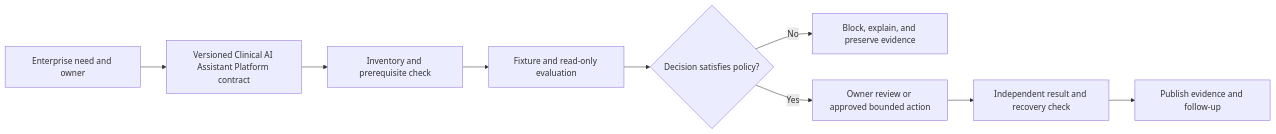
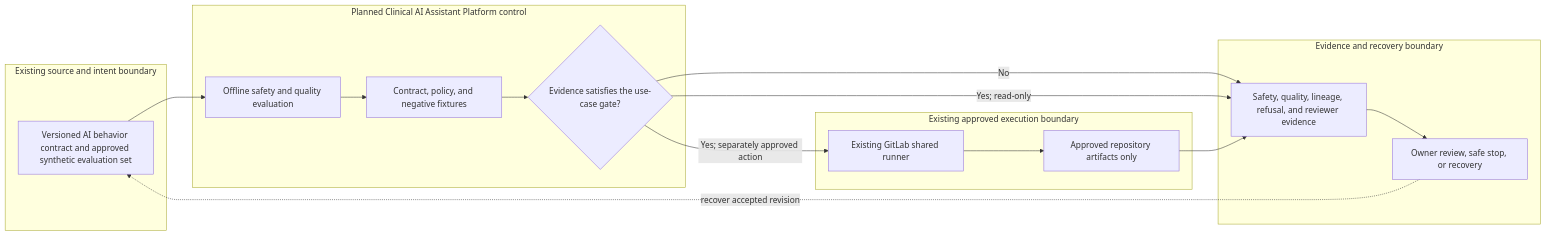
Before and after one commit to MIDHTECH/enterprise-architecture-docs: the diagram in docs/use-cases/healthcare-ai/UC-AI-002-clinical-ai-assistant-platform.md, drawn with Mermaid. The commit also changed other lines of this file and 227 other files, not shown here.

Commit message:
Deepen architecture for all use case designs

````diff
--- a/docs/use-cases/healthcare-ai/UC-AI-002-clinical-ai-assistant-platform.md
+++ b/docs/use-cases/healthcare-ai/UC-AI-002-clinical-ai-assistant-platform.md
@@ -136,11 +129,25 @@
 ```mermaid
 flowchart LR
-    Need["Enterprise need and owner"] --> Contract["Versioned Clinical AI Assistant Platform contract"]
-    Contract --> Preflight["Inventory and prerequisite check"]
-    Preflight --> Evaluate["Fixture and read-only evaluation"]
-    Evaluate --> Decision{"Decision satisfies policy?"}
-    Decision -->|No| Stop["Block, explain, and preserve evidence"]
-    Decision -->|Yes| Review["Owner review or approved bounded action"]
-    Review --> Verify["Independent result and recovery check"]
-    Verify --> Publish["Publish evidence and follow-up"]
+    subgraph Source["Existing source and intent boundary"]
+        A["Versioned AI behavior contract and approved synthetic evaluation set"]
+    end
+    subgraph Planned["Planned Clinical AI Assistant Platform control"]
+        B["Offline safety and quality evaluation"]
+        C["Contract, policy, and negative fixtures"]
+        D{"Evidence satisfies the use-case gate?"}
+    end
+    subgraph Runtime["Existing approved execution boundary"]
+        E["Existing GitLab shared runner"]
+        F["Approved repository artifacts only"]
+    end
+    subgraph Assurance["Evidence and recovery boundary"]
+        G["Safety, quality, lineage, refusal, and reviewer evidence"]
+        H["Owner review, safe stop, or recovery"]
+    end
+
+    A --> B --> C --> D
+    D -->|No| G --> H
+    D -->|Yes; read-only| G
+    D -->|Yes; separately approved action| E --> F --> G
+    H -. recover accepted revision .-> A
 ```
````
